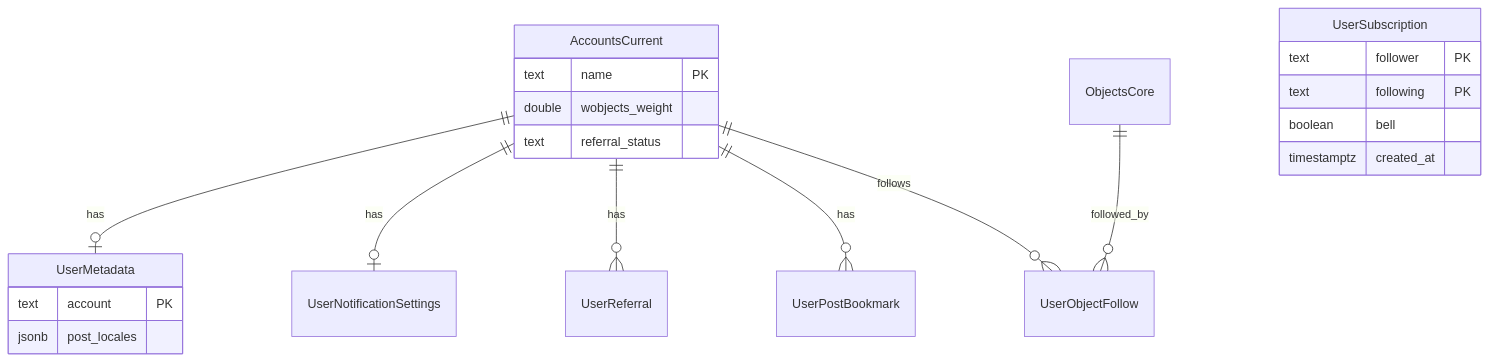
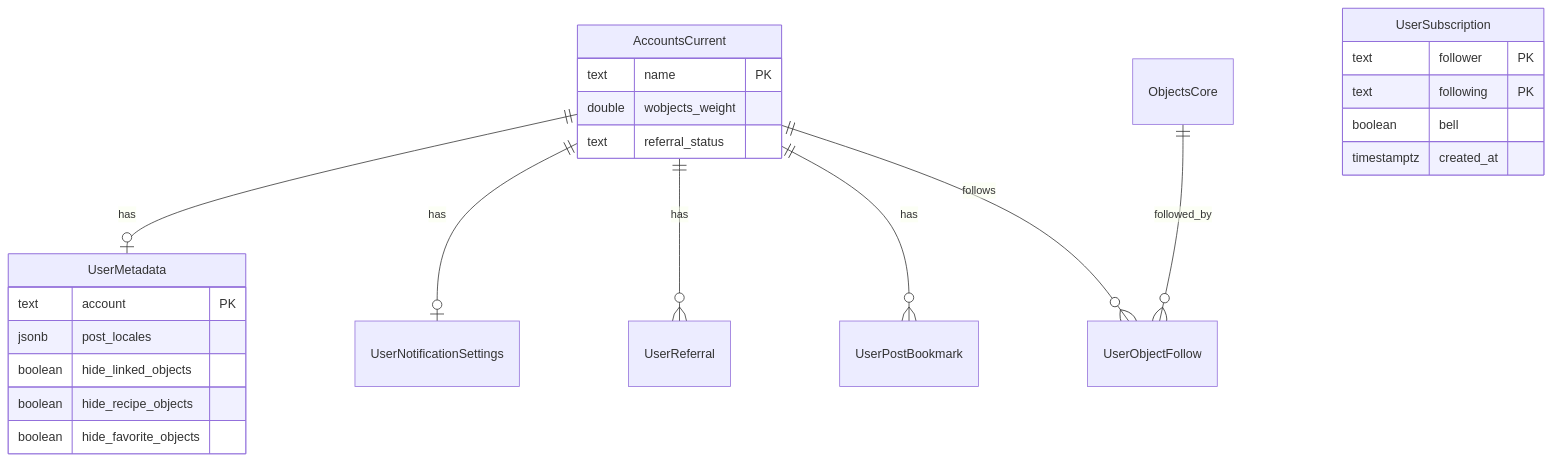
Before and after one commit to Fesmofet/open-data: the diagram in docs/spec/data-model/users.md, drawn with Mermaid. The commit also changed other lines of this file and 81 other files, not shown here.

````diff
--- a/docs/spec/data-model/users.md
+++ b/docs/spec/data-model/users.md
@@ -36,27 +37,30 @@
 ```mermaid
 erDiagram
   AccountsCurrent ||--o| UserMetadata : "has"
   AccountsCurrent ||--o| UserNotificationSettings : "has"
   AccountsCurrent ||--o{ UserReferral : "has"
   AccountsCurrent ||--o{ UserPostBookmark : "has"
   AccountsCurrent ||--o{ UserObjectFollow : "follows"
   ObjectsCore ||--o{ UserObjectFollow : "followed_by"
 
   AccountsCurrent {
     text name PK
     double wobjects_weight
     text referral_status
   }
 
   UserMetadata {
     text account PK
     jsonb post_locales
+    boolean hide_linked_objects
+    boolean hide_recipe_objects
+    boolean hide_favorite_objects
   }
 
   UserSubscription {
     text follower PK
     text following PK
     boolean bell
     timestamptz created_at
   }
 ```
````
